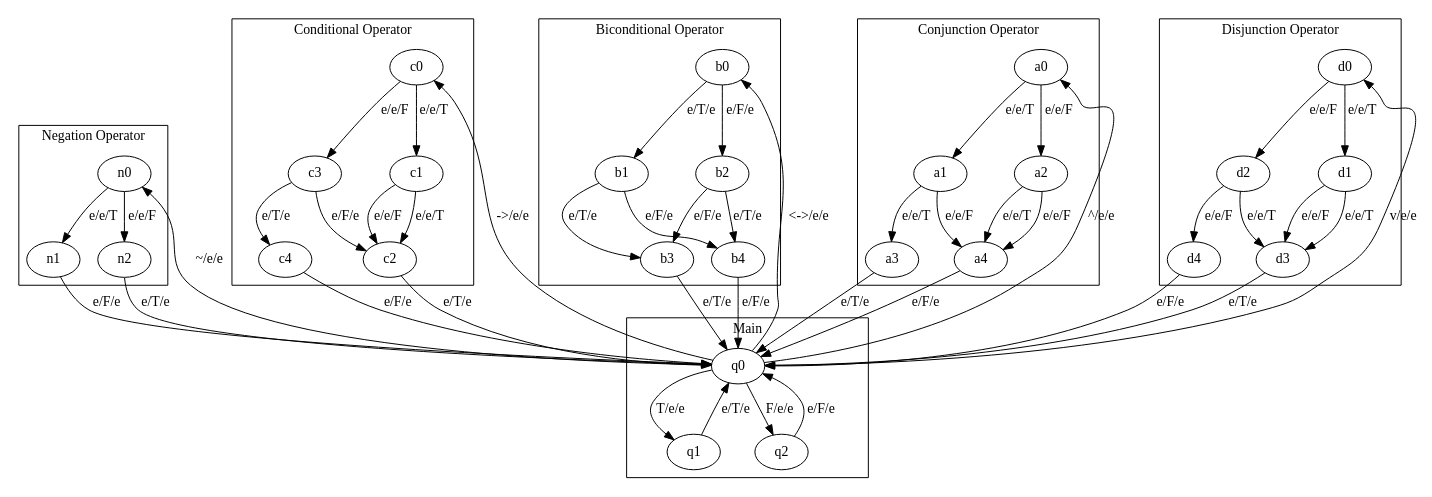
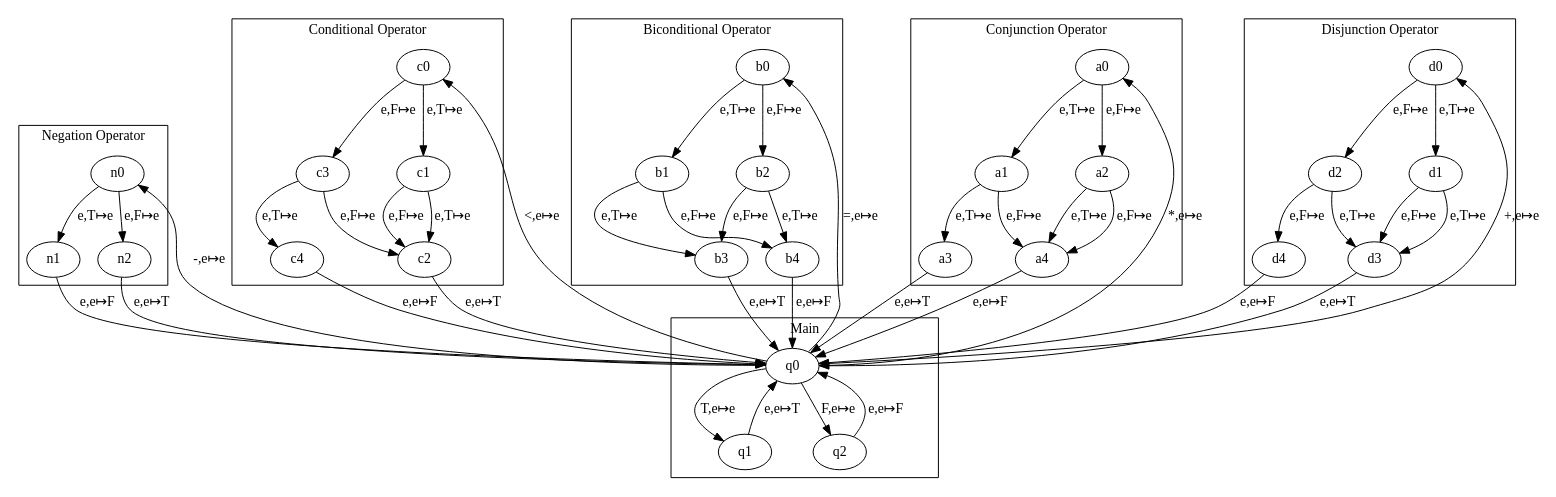
The diagram in sandbox/calculator_algorithms/spec/pdt.dot (gambee/fli), drawn with Graphviz before and after one commit. The commit also changed 1 other file, not shown here.

Commit message:
Fixed errors in graph spec of slee pda

```diff
--- a/sandbox/calculator_algorithms/spec/pdt.dot
+++ b/sandbox/calculator_algorithms/spec/pdt.dot
@@ -1,150 +1,150 @@
 /* pdt.dot
  * This file contains a (graph) description of a Finite State Pushdown
  * Transducer that takes as its input string sentential logic expressions
  * (without variables) in reverse polish notation and computes the result
  * of its evalutation.
  *
  * NOTE: At this time this graph is an incomplete representation of such an
  * 		 automataon. Not every state has transition declared for every possible
  *		 input. Also, no 'output' actions are specified for this graph. Such 
  *		 error-handling and clerical sorts of tasks were omitted to reduce 
  *		 clutter and prevent the readers of this graph from being distracted
  *		 from the more significant semantics of its spefification.
  */
 
 digraph pdt{
 
 	subgraph cluster_main{
 
 		label="Main";
 		//push all logical values
-		q0->q1[label="T/e/e"];
-		q1->q0[label="e/T/e"];
+		q0->q1[label="T,e&#8614;e"];
+		q1->q0[label="e,e&#8614;T"];
 
-		q0->q2[label="F/e/e"];
-		q2->q0[label="e/F/e"];
+		q0->q2[label="F,e&#8614;e"];
+		q2->q0[label="e,e&#8614;F"];
 	}
 
 	subgraph cluster_negation{
 		label="Negation Operator";
 		/*	This subgraph cluster_is reached when the negation unary operator 
 			is the next input symbol, and works as a sort of subroutine
 			that manipulates the stack to apply that operation to the last
 			boolean value pushed onto the stack */
 
 		//enter the subroutine on input of '~'
-		q0->n0[label="~/e/e"];
+		q0->n0[label="-,e&#8614;e"];
 
 		//path 1: reverse the value of 'T'
-		n0->n1[label="e/e/T"];
-		n1->q0[label="e/F/e"];
+		n0->n1[label="e,T&#8614;e"];
+		n1->q0[label="e,e&#8614;F"];
 
 		//path 2: reverse the value of 'F'
-		n0->n2[label="e/e/F"];
-		n2->q0[label="e/T/e"];
+		n0->n2[label="e,F&#8614;e"];
+		n2->q0[label="e,e&#8614;T"];
 	}
 
 	subgraph cluster_conditional{
 		label="Conditional Operator";
 		/*	When the conditional operator is the next input symbol, this
 			subgraph cluster_calculates the result of the conditional expression
 			between the top-most pair of elements on the stack, and replaces
 			them with the result. */
 
 		//enter the subroutine on input of '->'
-		q0->c0[label="->/e/e"];
+		q0->c0[label="<,e&#8614;e"];
 
 		/*	branch 1: pop 'T'	*/
-		c0->c1[label="e/e/T"];
-		c1->c2[label="e/e/T"];//c2 will push 'T' and return to the parent machine
-		c1->c2[label="e/e/F"];//note: the '->' evaluates to 'F' only in the case 'T->F'
+		c0->c1[label="e,T&#8614;e"];
+		c1->c2[label="e,T&#8614;e"];//c2 will push 'T' and return to the parent machine
+		c1->c2[label="e,F&#8614;e"];//note: the '->' evaluates to 'F' only in the case 'T->F'
 
 		/*	branch 2: pop 'F'	*/
-		c0->c3[label="e/e/F"];
+		c0->c3[label="e,F&#8614;e"];
 
 			//sub-branch 1: pop 'T'
-			c3->c4[label="e/T/e"];//the only false result of a '->' expression
+			c3->c4[label="e,T&#8614;e"];//the only false result of a '->' expression
 
 			//sub-branch 2: pop 'F'
-			c3->c2[label="e/F/e"];//'F->F' evaulates to T, so go to c2
+			c3->c2[label="e,F&#8614;e"];//'F->F' evaulates to T, so go to c2
 
 		//the exit states (each pushing a different result onto the stack):
-		c2->q0[label="e/T/e"];
-		c4->q0[label="e/F/e"];
+		c2->q0[label="e,e&#8614;T"];
+		c4->q0[label="e,e&#8614;F"];
 	}
 
 	subgraph cluster_biconditional{
 		label = "Biconditional Operator";
 		/*	When the biconditional operator is the next input symbol, this
 			subgraph cluster_calculates the result of the biconditional expression
 			between the top-most pair of elements on the stack, and replaces
 			them with the result. */
 
 			//enter subroutine on input '<->'
-			q0->b0[label="<->/e/e"];
+			q0->b0[label="=,e&#8614;e"];
 
 			//sub-branch 1: pop 'T'
-			b0->b1[label="e/T/e"];//pop 'T'
-			b1->b3[label="e/T/e"];//b3 will push 'T' as the result of evalutation
-			b1->b4[label="e/F/e"];//b4 will push 'F' as the result of evalutation
+			b0->b1[label="e,T&#8614;e"];//pop 'T'
+			b1->b3[label="e,T&#8614;e"];//b3 will push 'T' as the result of evalutation
+			b1->b4[label="e,F&#8614;e"];//b4 will push 'F' as the result of evalutation
 
 			//sub-branch 2: pop 'F'
-			b0->b2[label="e/F/e"];//pop 'F'
-			b2->b3[label="e/F/e"];
-			b2->b4[label="e/T/e"];
+			b0->b2[label="e,F&#8614;e"];//pop 'F'
+			b2->b3[label="e,F&#8614;e"];
+			b2->b4[label="e,T&#8614;e"];
 
 			//exit states of subroutine (pushes result):
-			b3->q0[label="e/T/e"];
-			b4->q0[label="e/F/e"];
+			b3->q0[label="e,e&#8614;T"];
+			b4->q0[label="e,e&#8614;F"];
 	}
 
 	subgraph cluster_conjunction{
 		label="Conjunction Operator";
 		/*	When the conjunction operator is the next input symbol, this
 			subgraph cluster_calculates the result of the conjunction expression
 			between the top-most pair of elements on the stack, and replaces
 			them with the result. */
 
 			//enter subroutine  on input '^'
-			q0->a0[label="^/e/e"];
+			q0->a0[label="*,e&#8614;e"];
 
 			//sub-branch 1: 
-			a0->a1[label="e/e/T"]; //pop 'T'
-			a1->a3[label="e/e/T"];
-			a1->a4[label="e/e/F"];
+			a0->a1[label="e,T&#8614;e"]; //pop 'T'
+			a1->a3[label="e,T&#8614;e"];
+			a1->a4[label="e,F&#8614;e"];
 			
 			//sub-branch 2:
-			a0->a2[label="e/e/F"]; //pop 'F'
-			a2->a4[label="e/e/T"];
-			a2->a4[label="e/e/F"];
+			a0->a2[label="e,F&#8614;e"]; //pop 'F'
+			a2->a4[label="e,T&#8614;e"];
+			a2->a4[label="e,F&#8614;e"];
 
 			//exit states of subroutine 
-			a4->q0[label="e/F/e"];
-			a3->q0[label="e/T/e"];
+			a4->q0[label="e,e&#8614;F"];
+			a3->q0[label="e,e&#8614;T"];
 	}
 	
 	subgraph cluster_disjunction{
 		label="Disjunction Operator";
 		/*	When the disjunction operator is the next input symbol, this
 			subgraph cluster_calculates the result of the disjunction expression
 			between the top-most pair of elements on the stack, and replaces
 			them with the result. */
 
 			//enter subroutine on 'v'
-			q0->d0[label="v/e/e"];
+			q0->d0[label="+,e&#8614;e"];
 
 			//sub-branch 1:
-			d0->d1[label="e/e/T"];//pop 'T'
-			d1->d3[label="e/e/T"];
-			d1->d3[label="e/e/F"];
+			d0->d1[label="e,T&#8614;e"];//pop 'T'
+			d1->d3[label="e,T&#8614;e"];
+			d1->d3[label="e,F&#8614;e"];
 			
 			//sub-branch 2:
-			d0->d2[label="e/e/F"];//pop 'F'
-			d2->d3[label="e/e/T"];
-			d2->d4[label="e/e/F"];//only false result
+			d0->d2[label="e,F&#8614;e"];//pop 'F'
+			d2->d3[label="e,T&#8614;e"];
+			d2->d4[label="e,F&#8614;e"];//only false result
 
 			//exit states:
-			d3->q0[label="e/T/e"];
-			d4->q0[label="e/F/e"];
+			d3->q0[label="e,e&#8614;T"];
+			d4->q0[label="e,e&#8614;F"];
 	}
 }
```
